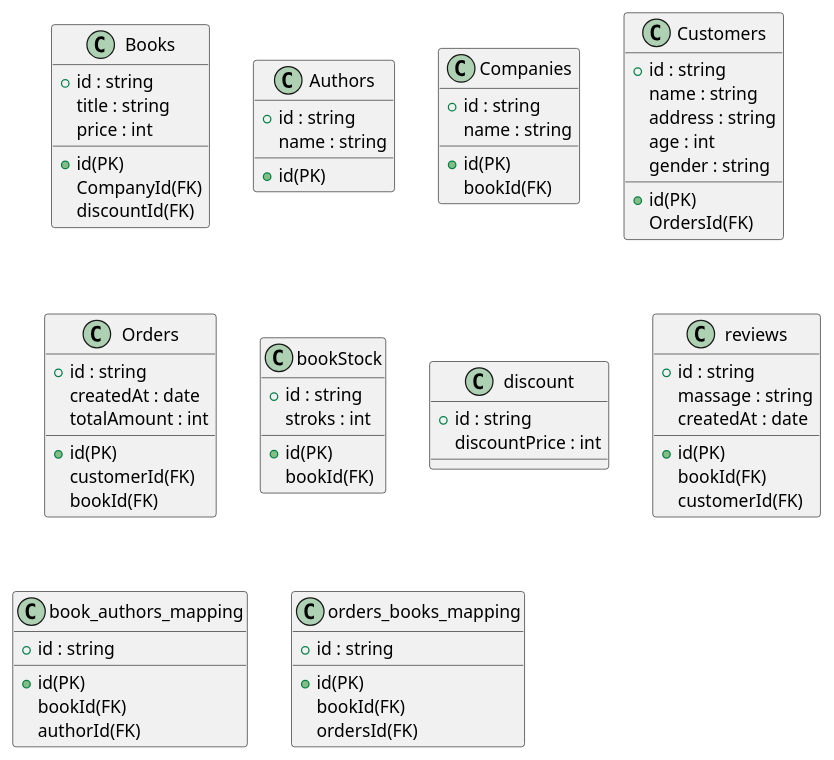
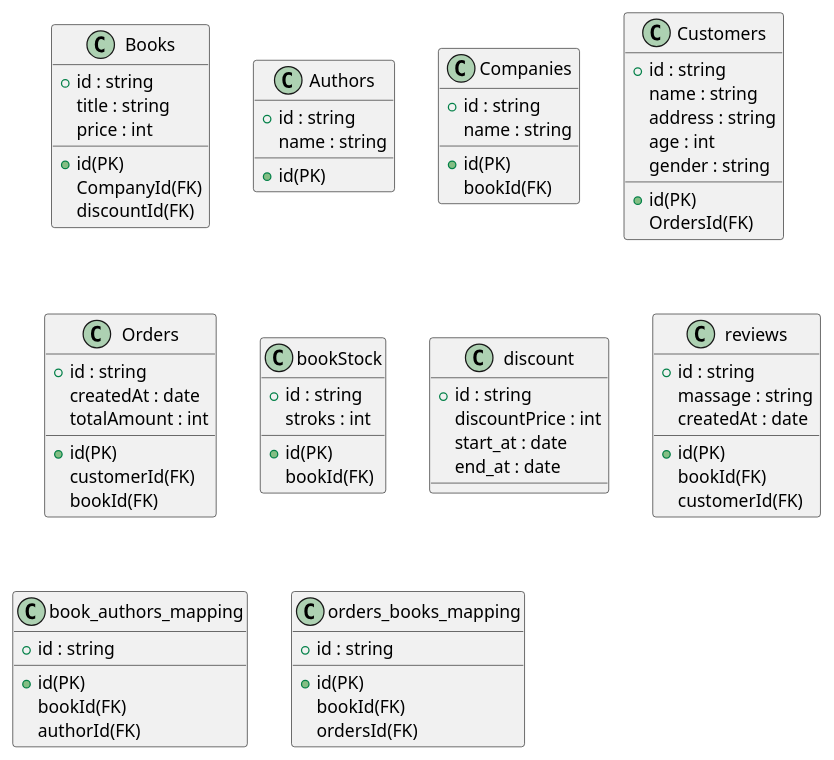
The diagram in tables.pu (elabo-M0458/DB), drawn with PlantUML before and after one commit.

Commit message:
レビュー指摘内容を修正。

```diff
--- a/tables.pu
+++ b/tables.pu
@@ -1,89 +1,91 @@
 @startuml
 class Books {
     +id : string
     title : string
     price : int
 }
 
 Books : +id(PK)
 Books : CompanyId(FK)
 Books : discountId(FK)
 
 class Authors {
     +id : string
     name : string
 }
 
 Authors : +id(PK)
 
 class Companies{
     +id : string
     name : string
 }
 
 Companies : +id(PK)
 Companies : bookId(FK)
 
 class Customers{
     +id : string
     name : string
     address : string
     age : int
     gender : string 
 }
 
 Customers : +id(PK)
 Customers : OrdersId(FK)
 
 class Orders{
     +id : string
     createdAt : date
     totalAmount : int 
 }
 
 Orders : +id(PK)
 Orders : customerId(FK)
 Orders : bookId(FK)
 
 class bookStock{
     +id : string
     stroks : int
 }
 
 bookStock : +id(PK)
 bookStock : bookId(FK)
 
 class discount{
     +id : string
     discountPrice : int
+    start_at : date
+    end_at : date
 }
 
 '下記中間テーブルです。
 class reviews{
     +id : string
     massage : string
     createdAt : date
 }
 
 reviews : +id(PK)
 reviews : bookId(FK)
 reviews : customerId(FK)
 
 class book_authors_mapping{
     +id : string
 }
 
 book_authors_mapping : +id(PK)
 book_authors_mapping : bookId(FK)
 book_authors_mapping : authorId(FK)
 
 
 class orders_books_mapping{
     +id : string
 }
 
 orders_books_mapping : +id(PK)
 orders_books_mapping : bookId(FK)
 orders_books_mapping : ordersId(FK)
 
 @enduml
```
